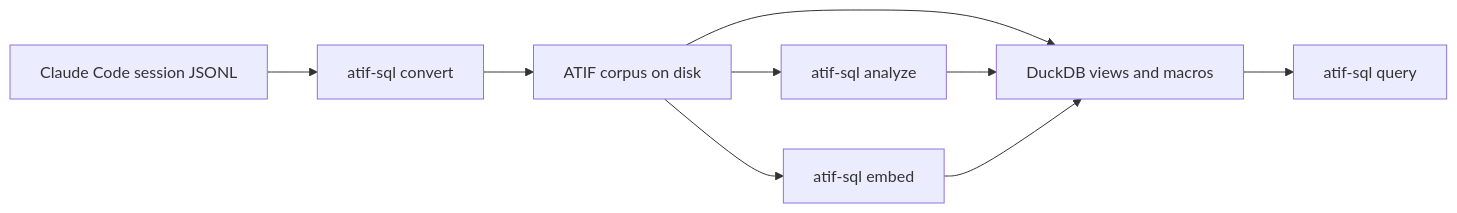
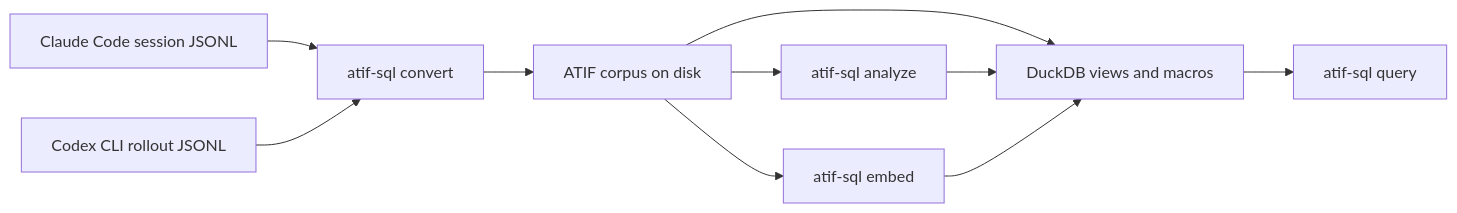
One commit to laithalsaadoon/atif-sql changed the diagram in site/authored/index.md. Above: the diagram before and after it, drawn with Mermaid. The commit also changed other lines of this file and 40 other files, not shown here.

First line of the commit message:
feat: Codex CLI transcript support end to end (#5)

````diff
--- a/site/authored/index.md
+++ b/site/authored/index.md
@@ -14,11 +18,12 @@
-```mermaid The conversion pipeline: Claude Code session JSONL is converted once to an ATIF corpus on disk, and every DuckDB view, analytics pipeline and embedding run reads that corpus.
+```mermaid The conversion pipeline: a Claude Code session JSONL or a Codex CLI rollout JSONL is converted once to an ATIF corpus on disk, and every DuckDB view, analytics pipeline and embedding run reads that corpus.
 flowchart LR
   jsonl[Claude Code session JSONL] --> convert[atif-sql convert]
+  rollout[Codex CLI rollout JSONL] --> convert
   convert --> corpus[ATIF corpus on disk]
   corpus --> duck[DuckDB views and macros]
   duck --> query[atif-sql query]
   corpus --> analyze[atif-sql analyze]
   analyze --> duck
   corpus --> embed[atif-sql embed]
   embed --> duck
 ```
````
